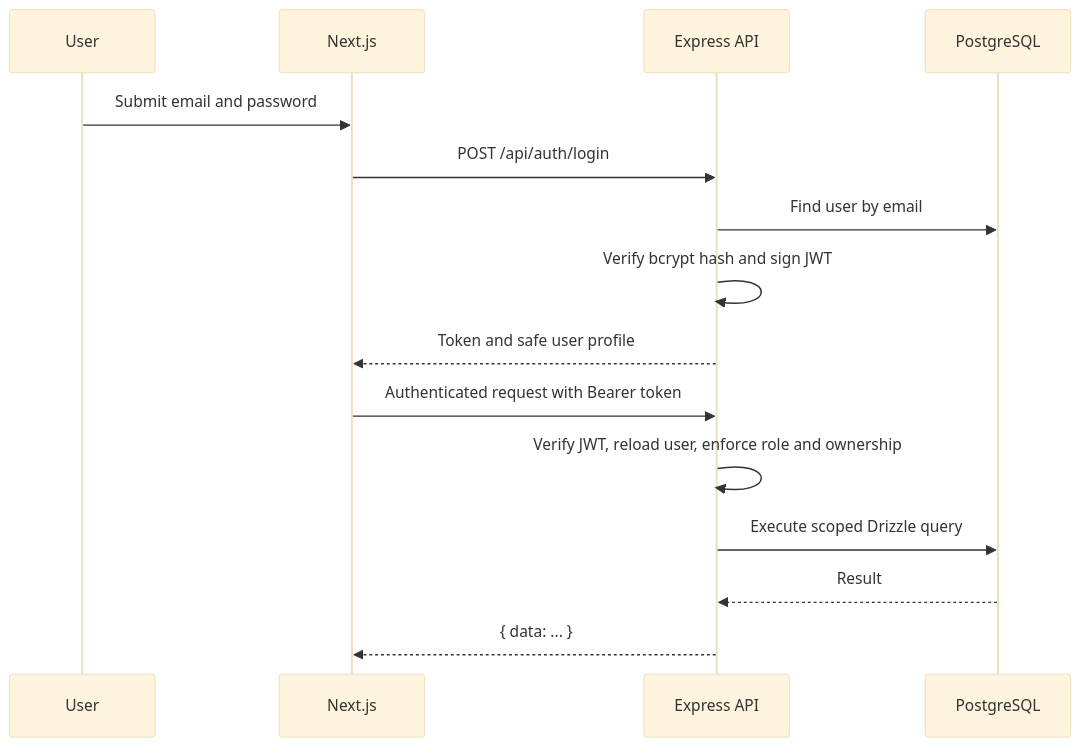
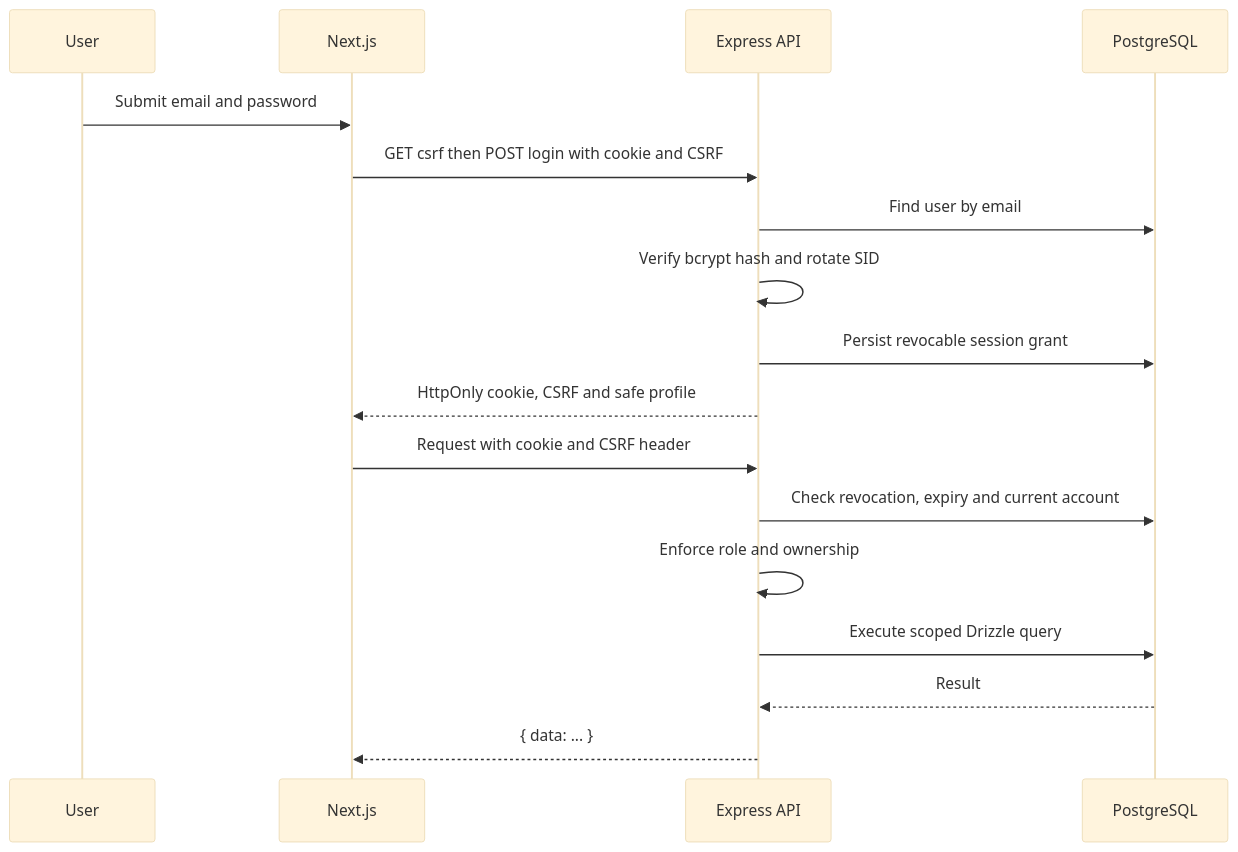
Before and after one commit to EdenCirakoglu/Client-Tracker: the third of 3 diagrams in clientops-tracker/README.md, drawn with Mermaid (base theme). The commit also changed other lines of this file and 70 other files, not shown here.

Commit message:
feat: add revocable sessions and controlled account provisioning

````diff
--- a/clientops-tracker/README.md
+++ b/clientops-tracker/README.md
@@ -127,18 +127,20 @@
 ```mermaid
 sequenceDiagram
     participant User
     participant Web as Next.js
     participant API as Express API
     participant DB as PostgreSQL
 
     User->>Web: Submit email and password
-    Web->>API: POST /api/auth/login
+    Web->>API: GET csrf then POST login with cookie and CSRF
     API->>DB: Find user by email
-    API->>API: Verify bcrypt hash and sign JWT
-    API-->>Web: Token and safe user profile
-    Web->>API: Authenticated request with Bearer token
-    API->>API: Verify JWT, reload user, enforce role and ownership
+    API->>API: Verify bcrypt hash and rotate SID
+    API->>DB: Persist revocable session grant
+    API-->>Web: HttpOnly cookie, CSRF and safe profile
+    Web->>API: Request with cookie and CSRF header
+    API->>DB: Check revocation, expiry and current account
+    API->>API: Enforce role and ownership
     API->>DB: Execute scoped Drizzle query
     DB-->>API: Result
     API-->>Web: { data: ... }
 ```
````
